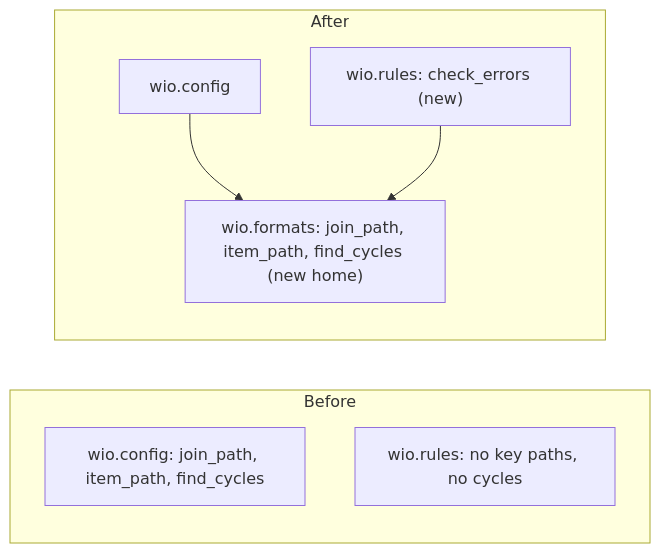
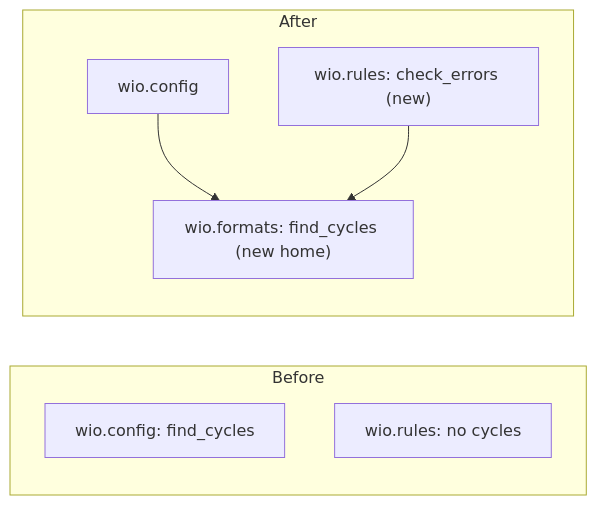
Before and after one commit to msitarz/wio: the diagram in .agents/wio/works/wio-rules/check/errors/README.md, drawn with Mermaid. The commit also changed other lines of this file and 10 other files, not shown here.

First line of the commit message:
docs(rules): move the key paths to the shared grammar and settle the second review

````diff
--- a/.agents/wio/works/wio-rules/check/errors/README.md
+++ b/.agents/wio/works/wio-rules/check/errors/README.md
@@ -91,14 +90,14 @@
 ```mermaid
 flowchart LR
     subgraph before["Before"]
-        cfgb["wio.config: join_path, item_path, find_cycles"]
-        rulesb["wio.rules: no key paths, no cycles"]
+        cfgb["wio.config: find_cycles"]
+        rulesb["wio.rules: no cycles"]
     end
     subgraph after["After"]
-        fmt["wio.formats: join_path, item_path, find_cycles (new home)"]
+        fmt["wio.formats: find_cycles (new home)"]
         cfga["wio.config"]
         rulesa["wio.rules: check_errors (new)"]
         cfga --> fmt
         rulesa --> fmt
     end
 ```
````
